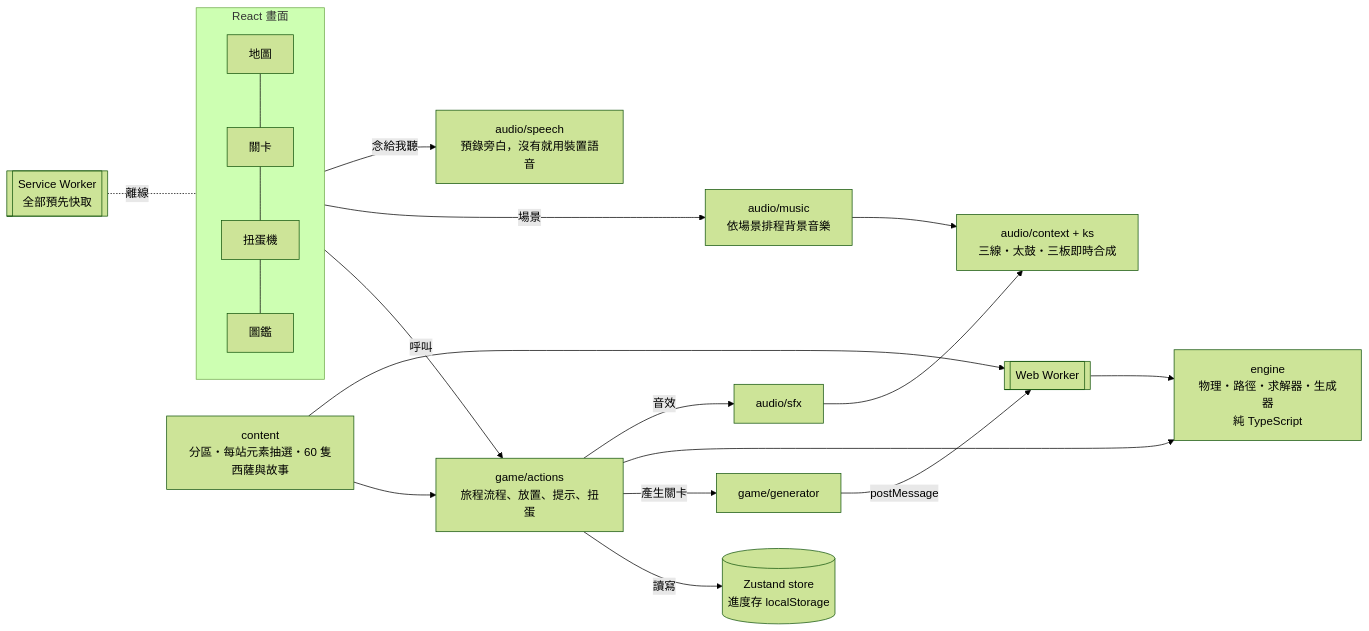
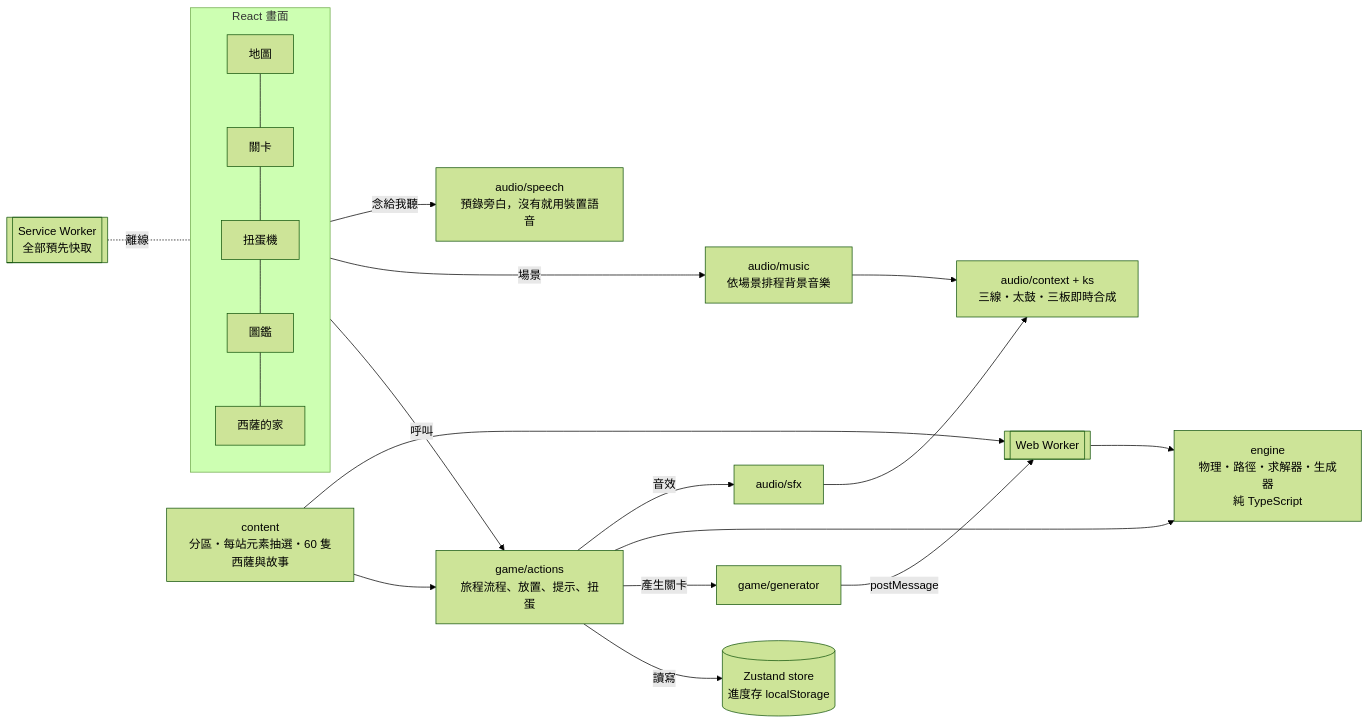
Before and after one commit to AaronChuo/shisa-reunion: the diagram in docs/README.md, drawn with Mermaid (forest theme). The commit also changed other lines of this file and 4 other files, not shown here.

````diff
--- a/docs/README.md
+++ b/docs/README.md
@@ -37,20 +37,20 @@
 ```mermaid
 flowchart LR
   subgraph UI[React 畫面]
-    Home[地圖] --- Play[關卡] --- Gacha[扭蛋機] --- Dex[圖鑑]
+    Home[地圖] --- Play[關卡] --- Gacha[扭蛋機] --- Dex[圖鑑] --- House[西薩的家]
   end
   UI -->|呼叫| Actions[game/actions<br/>旅程流程、放置、提示、扭蛋]
   Actions -->|讀寫| Store[(Zustand store<br/>進度存 localStorage)]
   Actions -->|產生關卡| Client[game/generator]
   Client -->|postMessage| Worker[[Web Worker]]
   Worker --> Engine[engine<br/>物理・路徑・求解器・生成器<br/>純 TypeScript]
   Actions --> Engine
   Content[content<br/>分區・每站元素抽選・60 隻西薩與故事] --> Actions
   UI -->|場景| Music[audio/music<br/>依場景排程背景音樂]
   Actions -->|音效| Sfx[audio/sfx]
   UI -->|念給我聽| Speech[audio/speech<br/>預錄旁白，沒有就用裝置語音]
   Music --> Synth[audio/context + ks<br/>三線・太鼓・三板即時合成]
   Sfx --> Synth
   Content --> Worker
   SW[[Service Worker<br/>全部預先快取]] -.離線.- UI
 ```
````
